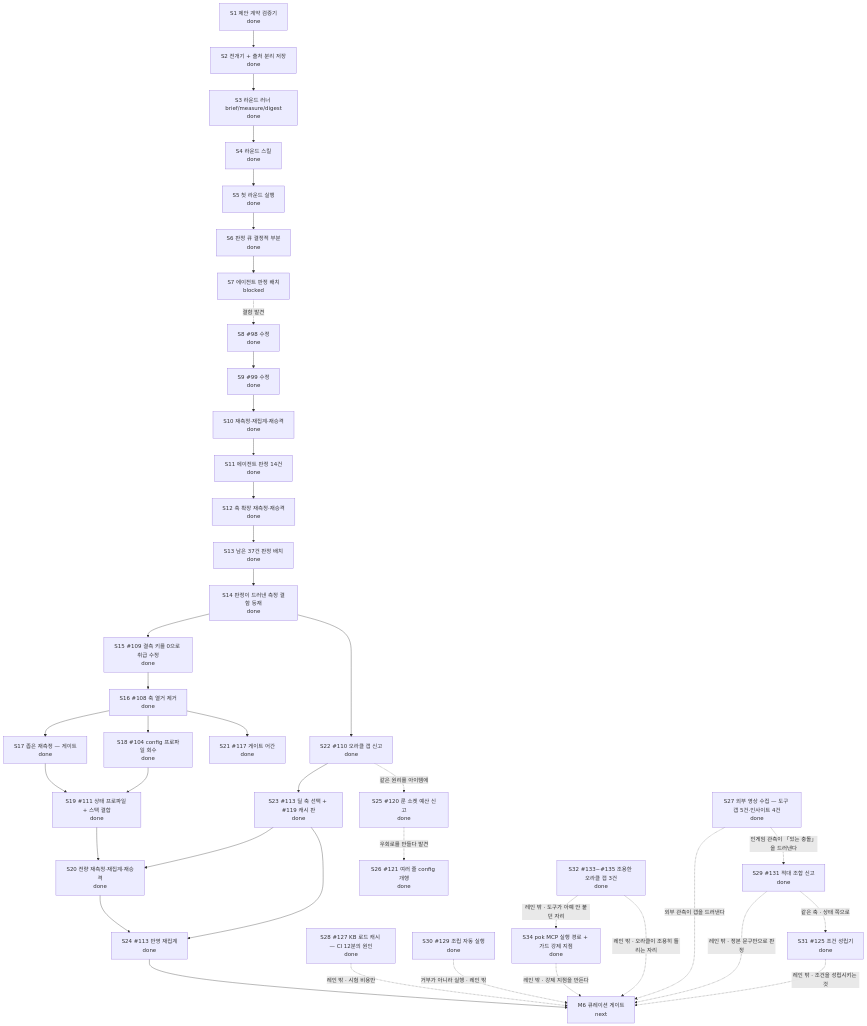
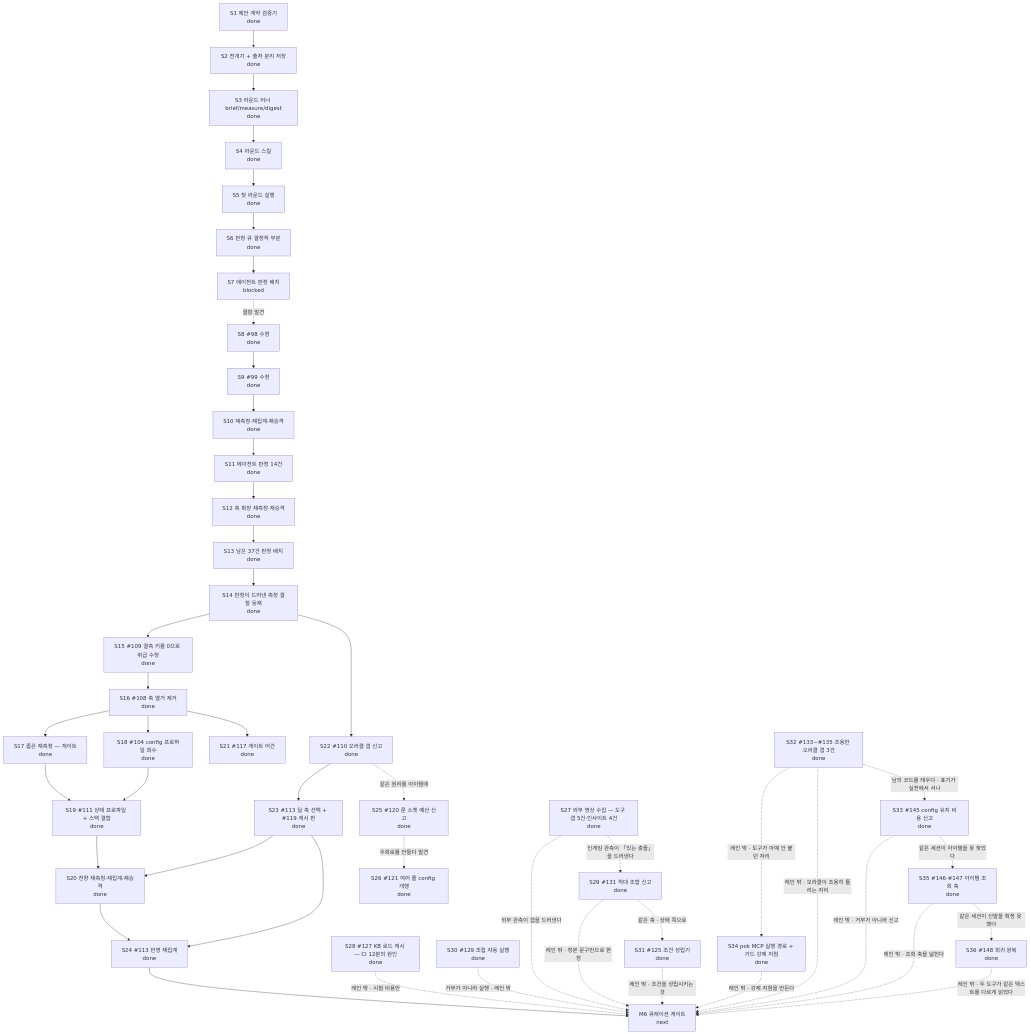
Before and after one commit to skerfolg/poe2-ai-wiki: the diagram in docs/CURRENT-PLAN.md, drawn with Mermaid. The commit also changed other lines of this file and 14 other files, not shown here.

First line of the commit message:
백로그 결함 4건 — config 유지 비용 · 아이템 조회 축 · 희귀 왕복 (#145·#146·#147·#148) (#134)

````diff
--- a/docs/CURRENT-PLAN.md
+++ b/docs/CURRENT-PLAN.md
@@ -23,59 +23,68 @@
 ```mermaid
 flowchart TD
   CONTRACT[S1 제안 계약 검증기<br/>done]
   FLOW[S2 전개기 + 출처 분리 저장<br/>done]
   ROUND[S3 라운드 러너 brief/measure/digest<br/>done]
   SKILL[S4 라운드 스킬<br/>done]
   FIRST[S5 첫 라운드 실행<br/>done]
   NECESS[S6 판정 큐 결정적 부분<br/>done]
   JUDGE[S7 에이전트 판정 배치<br/>blocked]
   FIX[S8 #98 수정<br/>done]
   REMEAS[S9 #99 수정<br/>done]
   REAGG[S10 재측정·재집계·재승격<br/>done]
   RESUME[S11 에이전트 판정 14건<br/>done]
   AXES[S12 축 확장 재측정·재승격<br/>done]
   NEXT2[S13 남은 37건 판정 배치<br/>done]
   DEF[S14 판정이 드러낸 측정 결함 등재<br/>done]
   FIXDELTA[S15 #109 결측 키를 0으로 취급 수정<br/>done]
   WIDEN[S16 #108 축 열거 제거<br/>done]
   NARROW[S17 좁은 재측정 — 게이트<br/>done]
   CFG[S18 #104 config 프로파일 회수<br/>done]
   CPL[S19 #111 상태 프로파일 + 스택 결합<br/>done]
   FULL[S20 전량 재측정·재집계·재승격<br/>done]
   STEM[S21 #117 게이트 어간<br/>done]
   ORACLE[S22 #110 오라클 갭 신고<br/>done]
   AXIS[S23 #113 딜 축 선택 + #119 캐시 판<br/>done]
   REAGG2[S24 #113 반영 재집계<br/>done]
   SOCKET[S25 #120 룬 소켓 예산 신고<br/>done]
   ATTR[S26 #121 여러 줄 config 개행<br/>done]
   EXT[S27 외부 영상 수집 — 도구 갭 5건·인사이트 4건<br/>done]
   CI[S28 #127 KB 로드 캐시 — CI 12분의 원인<br/>done]
   ANTAG[S29 #131 적대 조합 신고<br/>done]
   FILL[S30 #129 조립 자동 실행<br/>done]
   ENAB[S31 #125 조건 성립기<br/>done]
   SILENT[S32 #133~#135 조용한 오라클 갭 3건<br/>done]
+  UPKEEP[S33 #145 config 유지 비용 신고<br/>done]
   MCPFIX[S34 pok MCP 실행 경로 + 가드 강제 지점<br/>done]
+  ITEMQ[S35 #146·#147 아이템 조회 축<br/>done]
+  RARERT[S36 #148 희귀 왕복<br/>done]
   M6[M6 큐레이션 게이트<br/>next]
   CONTRACT --> FLOW --> ROUND --> SKILL --> FIRST --> NECESS --> JUDGE
   JUDGE -. 결함 발견 .-> FIX --> REMEAS --> REAGG --> RESUME --> AXES --> NEXT2
   NEXT2 --> DEF --> FIXDELTA --> WIDEN --> NARROW --> CPL --> FULL
   WIDEN --> CFG --> CPL
   WIDEN --> STEM
   DEF --> ORACLE
   ORACLE --> AXIS --> FULL
   FULL --> REAGG2
   AXIS --> REAGG2
   REAGG2 --> M6
   ORACLE -. 같은 원리를 아이템에 .-> SOCKET
   SOCKET -. 우회로를 만들다 발견 .-> ATTR
   EXT -. 외부 관측이 갭을 드러낸다 .-> M6
   CI -. 레인 밖 · 시험 비용만 .-> M6
   EXT -. 인게임 관측이 「있는 충돌」을 드러낸다 .-> ANTAG
   ANTAG -. 레인 밖 · 정본 문구만으로 판정 .-> M6
   FILL -. 거부가 아니라 실행 · 레인 밖 .-> M6
   ANTAG -. 같은 축 · 상태 쪽으로 .-> ENAB
   ENAB -. 레인 밖 · 조건을 성립시키는 것 .-> M6
   SILENT -. 레인 밖 · 도구가 아예 안 붙던 자리 .-> MCPFIX
   MCPFIX -. 레인 밖 · 강제 지점을 만든다 .-> M6
   SILENT -. 레인 밖 · 오라클이 조용히 틀리는 자리 .-> M6
+  SILENT -. 남의 코드를 태우다 · 표기가 실전에서 서나 .-> UPKEEP
+  UPKEEP -. 레인 밖 · 거부가 아니라 신고 .-> M6
+  UPKEEP -. 같은 세션이 아이템을 못 찾았다 .-> ITEMQ
+  ITEMQ -. 레인 밖 · 조회 축을 넓힌다 .-> M6
+  ITEMQ -. 같은 세션이 신발을 확정 못 했다 .-> RARERT
+  RARERT -. 레인 밖 · 두 도구가 같은 텍스트를 다르게 읽었다 .-> M6
 ```
````
